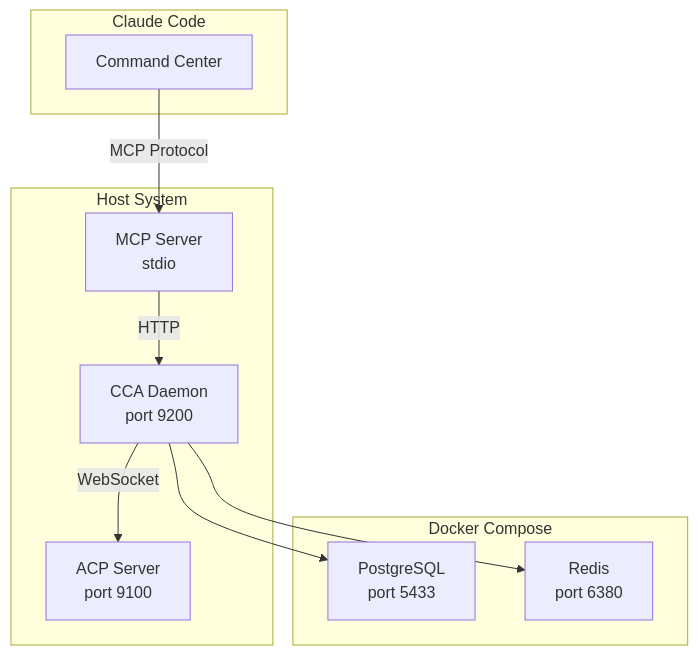
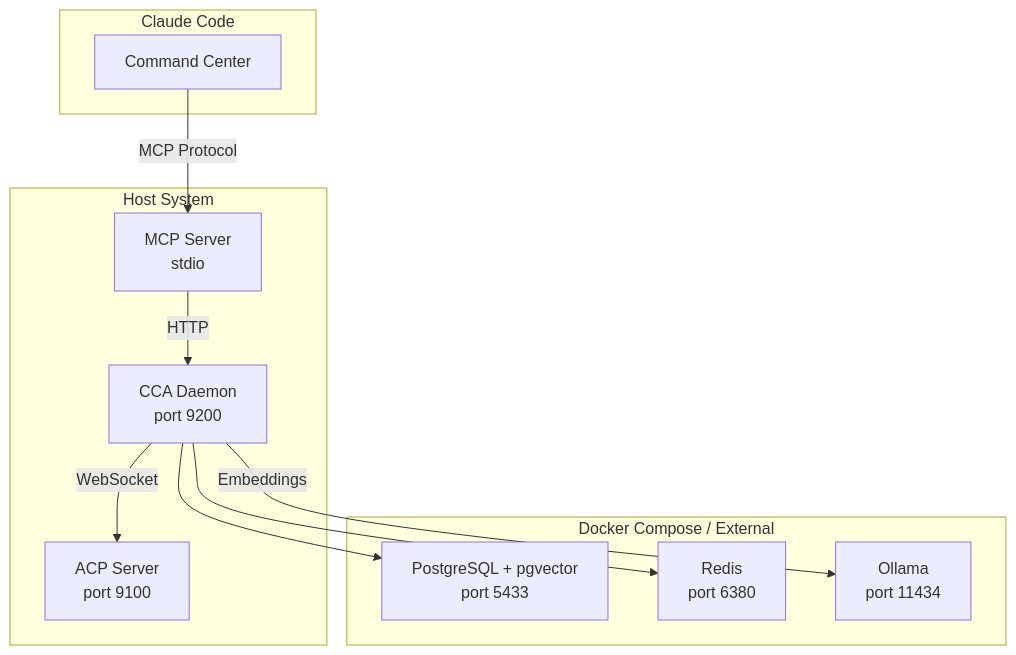
Before and after one commit to mjhcompany/cca: diagram 16 of 18 in docs/architecture.md, drawn with Mermaid. The commit also changed other lines of this file and 21 other files, not shown here.

````diff
--- a/docs/architecture.md
+++ b/docs/architecture.md
@@ -407,23 +735,25 @@
 ```mermaid
 graph TB
-    subgraph "Docker Compose"
-        PG[PostgreSQL<br/>port 5433]
+    subgraph "Docker Compose / External"
+        PG[PostgreSQL + pgvector<br/>port 5433]
         RD[Redis<br/>port 6380]
+        OL[Ollama<br/>port 11434]
     end
 
     subgraph "Host System"
         CCAD[CCA Daemon<br/>port 9200]
         ACPS[ACP Server<br/>port 9100]
         MCPS[MCP Server<br/>stdio]
     end
 
     subgraph "Claude Code"
         CC[Command Center]
     end
 
     CC -->|MCP Protocol| MCPS
     MCPS -->|HTTP| CCAD
     CCAD -->|WebSocket| ACPS
     CCAD --> PG
     CCAD --> RD
+    CCAD -->|Embeddings| OL
 ```
````
